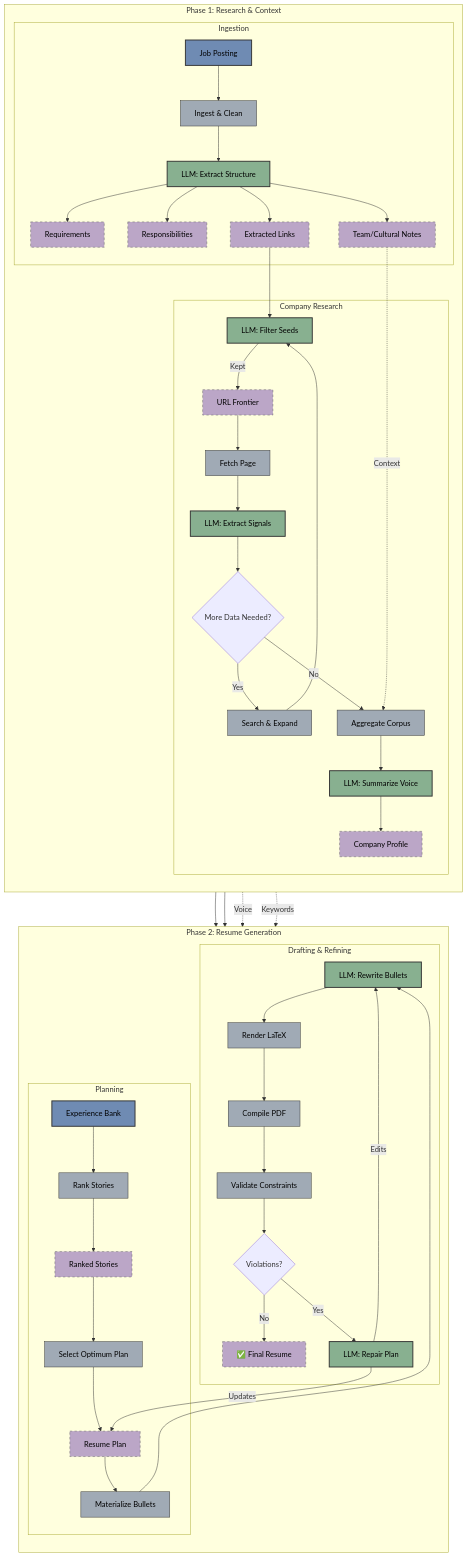
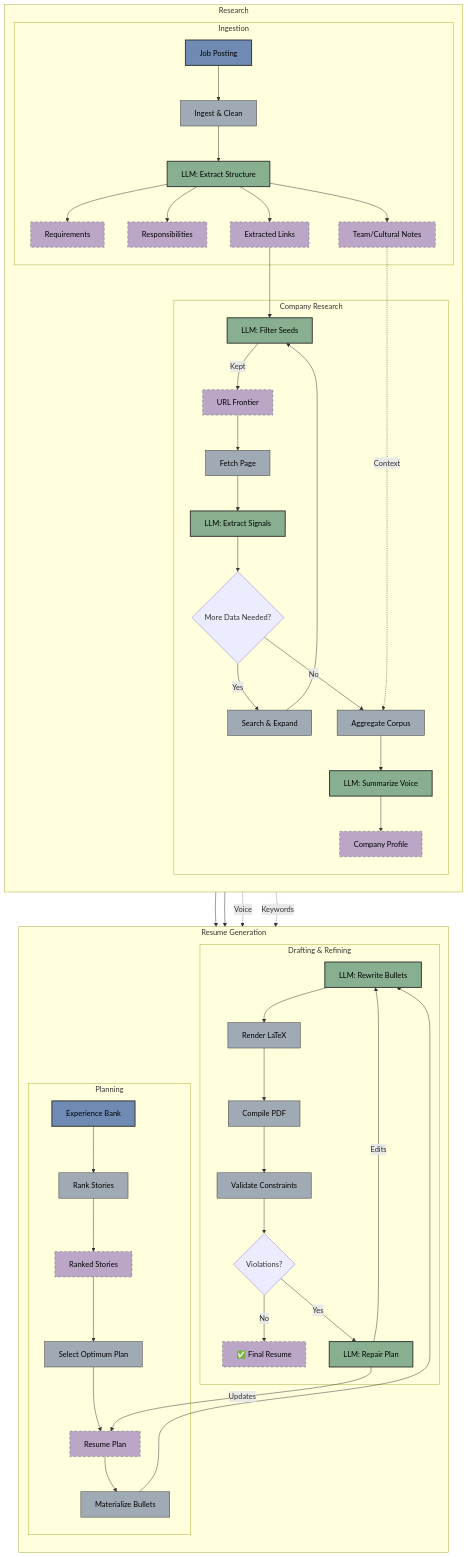
Before and after one commit to jonkmatsumo/resume-customizer: the diagram in README.md, drawn with Mermaid.

```diff
--- a/README.md
+++ b/README.md
@@ -24,7 +24,7 @@
     EXP[Experience Bank]
 
     %% ---------------- RESEARCH SUBSYSTEM ----------------
-    subgraph "Phase 1: Research & Context"
+    subgraph "Research"
         direction TB
         
         subgraph "Ingestion"
@@ -57,7 +57,7 @@
     end
 
     %% ---------------- GENERATION SUBSYSTEM ----------------
-    subgraph "Phase 2: Resume Generation"
+    subgraph "Resume Generation"
         direction TB
         
         subgraph "Planning"
```
